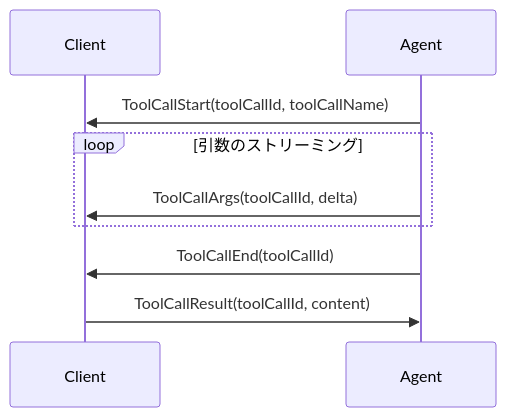
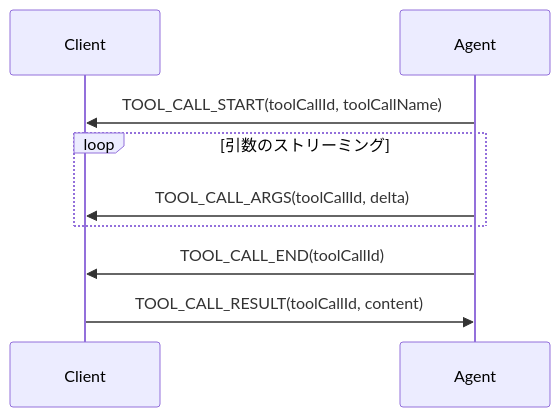
The sixth of 12 diagrams in content/blog/ja/ag-ui-protocol.mdx (yoichiozaki/yoichiozaki.github.io), drawn with Mermaid before and after one commit. The commit also changed other lines of this file and 88 other files, not shown here.

````diff
--- a/content/blog/ja/ag-ui-protocol.mdx
+++ b/content/blog/ja/ag-ui-protocol.mdx
@@ -270,11 +275,11 @@
 ```mermaid
 sequenceDiagram
     participant C as Client
     participant A as Agent
-    A->>C: ToolCallStart(toolCallId, toolCallName)
+    A->>C: TOOL_CALL_START(toolCallId, toolCallName)
     loop 引数のストリーミング
-        A->>C: ToolCallArgs(toolCallId, delta)
+        A->>C: TOOL_CALL_ARGS(toolCallId, delta)
     end
-    A->>C: ToolCallEnd(toolCallId)
-    C->>A: ToolCallResult(toolCallId, content)
+    A->>C: TOOL_CALL_END(toolCallId)
+    C->>A: TOOL_CALL_RESULT(toolCallId, content)
 ```
````
